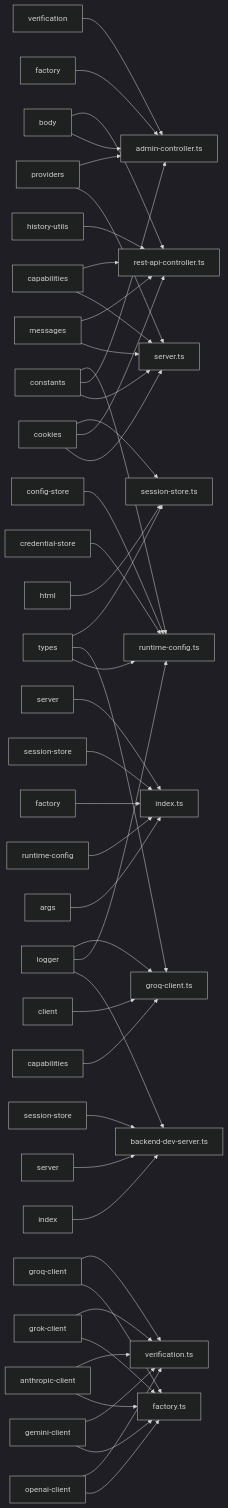
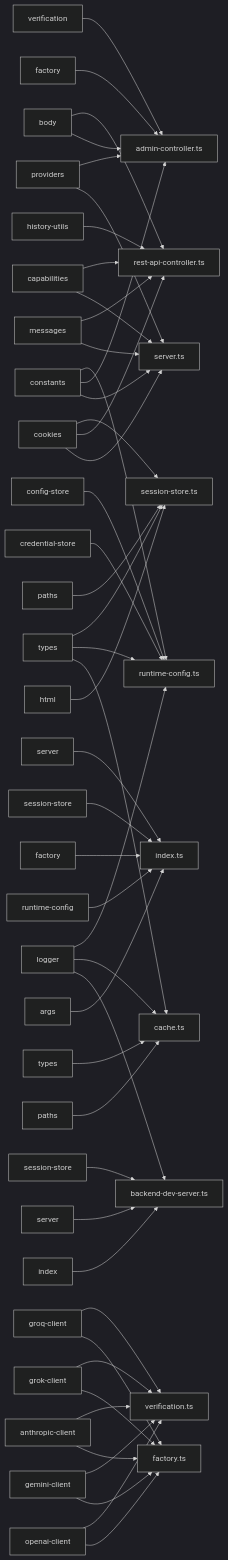
Before and after one commit to gerkensm/vaporvibe: the second of 2 diagrams in .agent/rules/CODEBASE_MAP-part1.md, drawn with Mermaid (dark theme). The commit also changed other lines of this file and 20 other files, not shown here.

````diff
--- a/.agent/rules/CODEBASE_MAP-part1.md
+++ b/.agent/rules/CODEBASE_MAP-part1.md
@@ -110,59 +111,60 @@
 ```mermaid
 graph LR
   server_server_ts["server.ts"]
   ___constants_js["constants"] --> server_server_ts
   ___constants_providers_js["providers"] --> server_server_ts
   ___llm_messages_js["messages"] --> server_server_ts
   ___llm_capabilities_js["capabilities"] --> server_server_ts
   ___utils_cookies_js["cookies"] --> server_server_ts
   server_admin_controller_ts["admin-controller.ts"]
   ___constants_js["constants"] --> server_admin_controller_ts
   ___constants_providers_js["providers"] --> server_admin_controller_ts
   ___llm_factory_js["factory"] --> server_admin_controller_ts
   ___llm_verification_js["verification"] --> server_admin_controller_ts
   ___utils_body_js["body"] --> server_admin_controller_ts
   server_rest_api_controller_ts["rest-api-controller.ts"]
   ___llm_capabilities_js["capabilities"] --> server_rest_api_controller_ts
   ___llm_messages_js["messages"] --> server_rest_api_controller_ts
   ___utils_cookies_js["cookies"] --> server_rest_api_controller_ts
   ___utils_body_js["body"] --> server_rest_api_controller_ts
   __history_utils_js["history-utils"] --> server_rest_api_controller_ts
   index_ts["index.ts"]
   __cli_args_js["args"] --> index_ts
   __config_runtime_config_js["runtime-config"] --> index_ts
   __llm_factory_js["factory"] --> index_ts
   __server_session_store_js["session-store"] --> index_ts
   __server_server_js["server"] --> index_ts
   dev_backend_dev_server_ts["backend-dev-server.ts"]
   ___logger_js["logger"] --> dev_backend_dev_server_ts
   ___index_js["index"] --> dev_backend_dev_server_ts
   ___server_server_js["server"] --> dev_backend_dev_server_ts
   ___server_session_store_js["session-store"] --> dev_backend_dev_server_ts
+  image_gen_cache_ts["cache.ts"]
+  ___logger_js["logger"] --> image_gen_cache_ts
+  __paths_js["paths"] --> image_gen_cache_ts
+  __types_js["types"] --> image_gen_cache_ts
+  ___types_js["types"] --> image_gen_cache_ts
   llm_factory_ts["factory.ts"]
   __openai_client_js["openai-client"] --> llm_factory_ts
   __gemini_client_js["gemini-client"] --> llm_factory_ts
   __anthropic_client_js["anthropic-client"] --> llm_factory_ts
   __grok_client_js["grok-client"] --> llm_factory_ts
   __groq_client_js["groq-client"] --> llm_factory_ts
   config_runtime_config_ts["runtime-config.ts"]
   ___constants_js["constants"] --> config_runtime_config_ts
   ___utils_credential_store_js["credential-store"] --> config_runtime_config_ts
   ___utils_config_store_js["config-store"] --> config_runtime_config_ts
   ___logger_js["logger"] --> config_runtime_config_ts
   ___types_js["types"] --> config_runtime_config_ts
   llm_verification_ts["verification.ts"]
   __openai_client_js["openai-client"] --> llm_verification_ts
   __gemini_client_js["gemini-client"] --> llm_verification_ts
   __anthropic_client_js["anthropic-client"] --> llm_verification_ts
   __grok_client_js["grok-client"] --> llm_verification_ts
   __groq_client_js["groq-client"] --> llm_verification_ts
-  llm_groq_client_ts["groq-client.ts"]
-  ___logger_js["logger"] --> llm_groq_client_ts
-  __capabilities_js["capabilities"] --> llm_groq_client_ts
-  ___types_js["types"] --> llm_groq_client_ts
-  __client_js["client"] --> llm_groq_client_ts
   server_session_store_ts["session-store.ts"]
   ___utils_cookies_js["cookies"] --> server_session_store_ts
   ___utils_html_js["html"] --> server_session_store_ts
+  ___image_gen_paths_js["paths"] --> server_session_store_ts
   ___types_js["types"] --> server_session_store_ts
 ```
````
